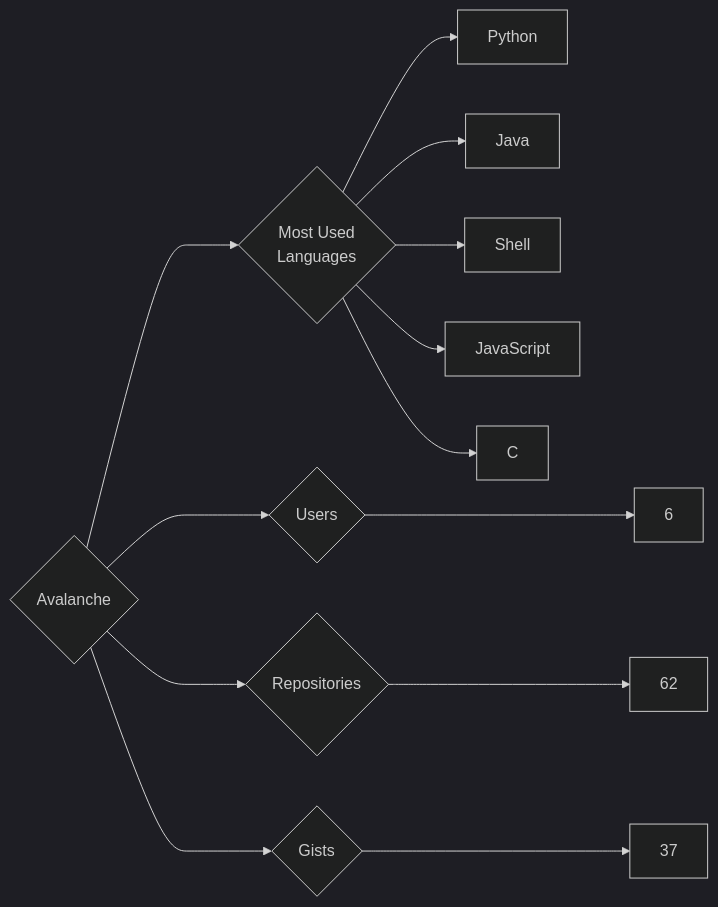
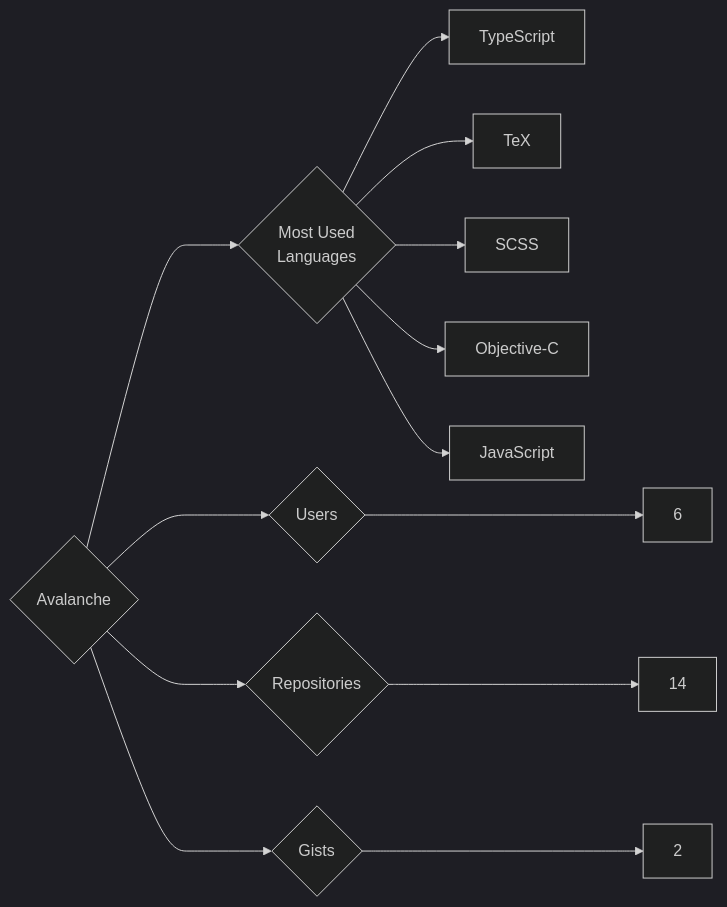
The diagram in targets/Avalanche/README.md (trickest/insiders), drawn with Mermaid (dark theme) before and after one commit. The commit also changed 1084 other files, not shown here.

````diff
--- a/targets/Avalanche/README.md
+++ b/targets/Avalanche/README.md
@@ -3,13 +3,13 @@
 ```mermaid
 graph LR
 COMPANY_NAME{Avalanche}
 COMPANY_NAME ---> U{Users} ---> UN[6]
-COMPANY_NAME ---> R{Repositories} ---> RN[62]
-COMPANY_NAME ---> G{Gists} ---> GN[37]
+COMPANY_NAME ---> R{Repositories} ---> RN[14]
+COMPANY_NAME ---> G{Gists} ---> GN[2]
 COMPANY_NAME ---> ML{Most Used<br>Languages}
-ML --> Python[Python]
-ML --> Java[Java]
-ML --> Shell[Shell]
+ML --> TypeScript[TypeScript]
+ML --> TeX[TeX]
+ML --> SCSS[SCSS]
+ML --> Objective-C[Objective-C]
 ML --> JavaScript[JavaScript]
-ML --> C[C]
 ```
````
